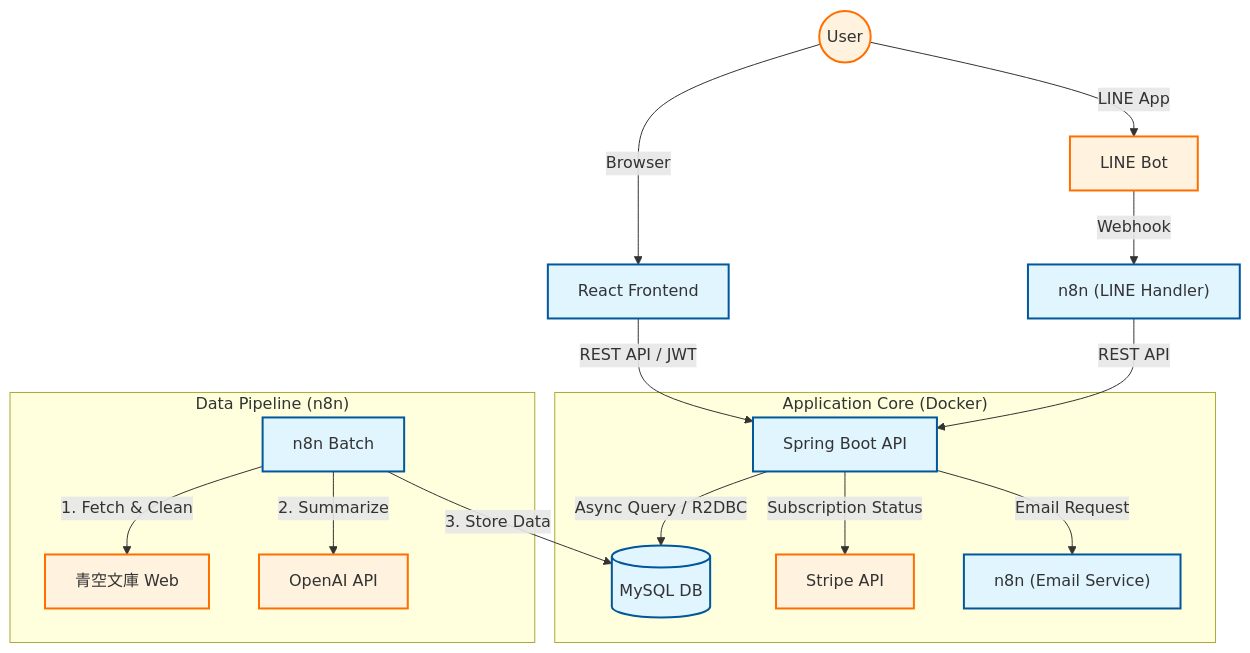
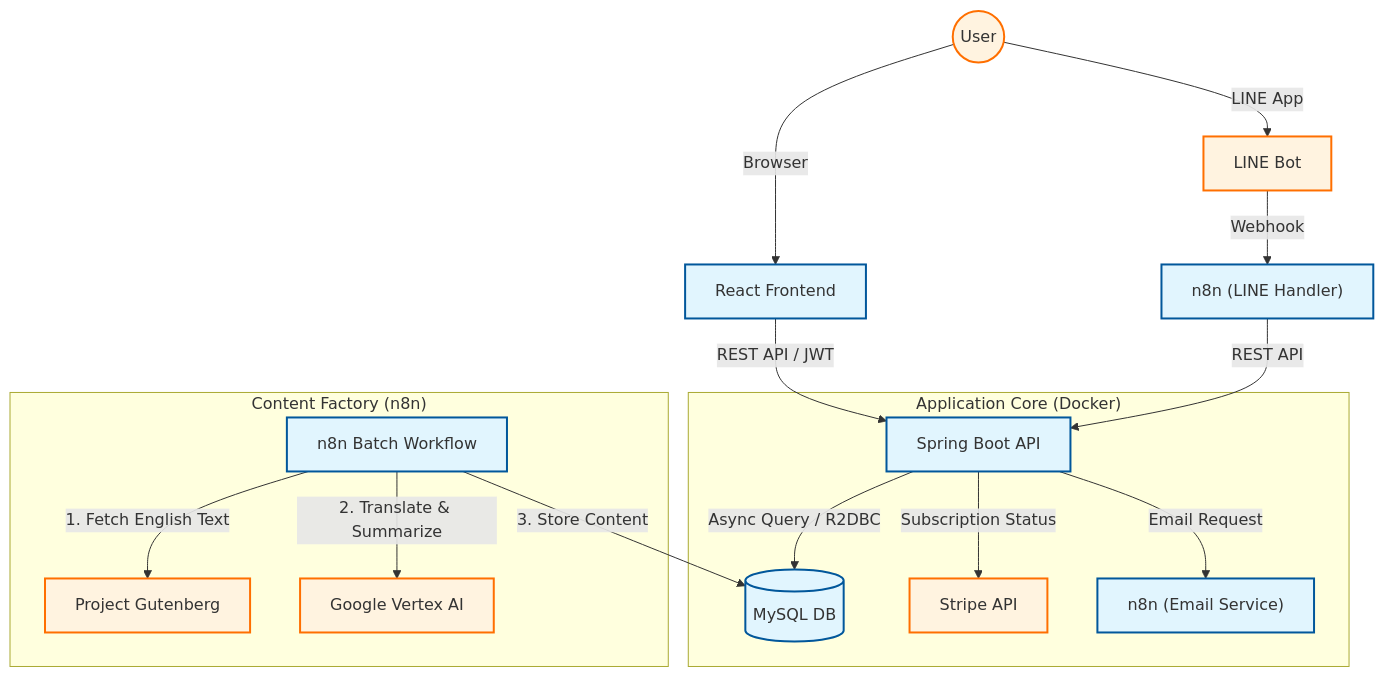
One commit to xtq453xs-star/smartbrief changed the diagram in README.md. Above: the diagram before and after it, drawn with Mermaid. The commit also changed other lines of this file, not shown here.

````diff
--- a/README.md
+++ b/README.md
@@ -107,31 +114,31 @@
 ```mermaid
 graph TD
     %% ユーザーからのアクセスフロー
     User((User)) -->|Browser| FE[React Frontend]
     User -->|LINE App| LINE[LINE Bot]
     
     FE -->|REST API / JWT| BE[Spring Boot API]
     
     %% LINE連携
     LINE -->|Webhook| n8n_bot["n8n (LINE Handler)"]
     n8n_bot -->|REST API| BE
     
     %% アプリケーションコア
     subgraph "Application Core (Docker)"
         BE -->|Async Query / R2DBC| MySQL[("MySQL DB")]
         BE -->|Subscription Status| Stripe[Stripe API]
         BE -->|Email Request| n8n_mail["n8n (Email Service)"]
     end
     
     %% 裏側のデータパイプライン
-    subgraph "Data Pipeline (n8n)"
-        n8n_batch[n8n Batch] -->|1. Fetch & Clean| Aozora[青空文庫 Web]
-        n8n_batch -->|2. Summarize| OpenAI[OpenAI API]
-        n8n_batch -->|3. Store Data| MySQL
+    subgraph "Content Factory (n8n)"
+        n8n_batch[n8n Batch Workflow] -->|1. Fetch English Text| Gutenberg[Project Gutenberg]
+        n8n_batch -->|2. Translate & Summarize| Vertex[Google Vertex AI]
+        n8n_batch -->|3. Store Content| MySQL
     end
 
     classDef container fill:#e1f5fe,stroke:#01579b,stroke-width:2px;
     classDef external fill:#fff3e0,stroke:#ff6f00,stroke-width:2px;
     class FE,BE,n8n_bot,n8n_mail,n8n_batch,MySQL container;
-    class User,Stripe,Aozora,OpenAI,LINE external;
+    class User,Stripe,Gutenberg,Vertex,LINE external;
 ```
````
